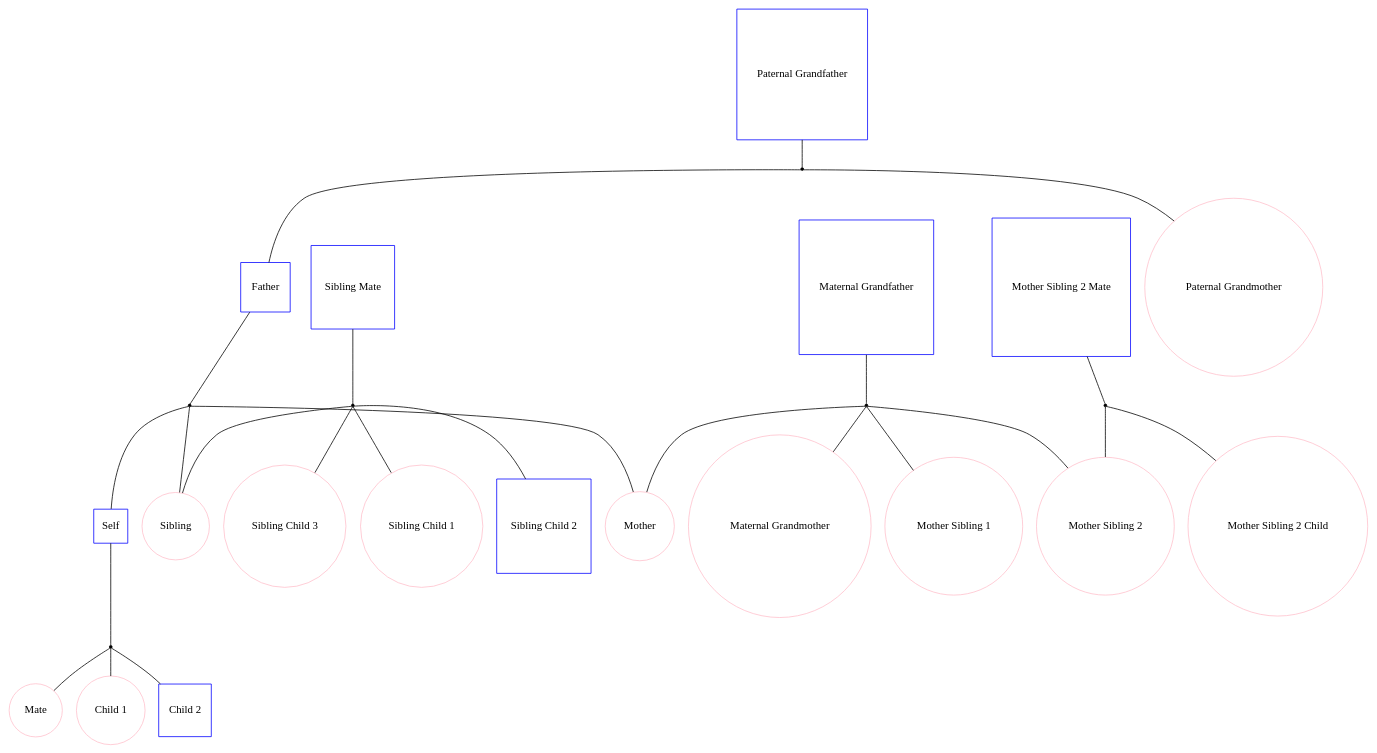
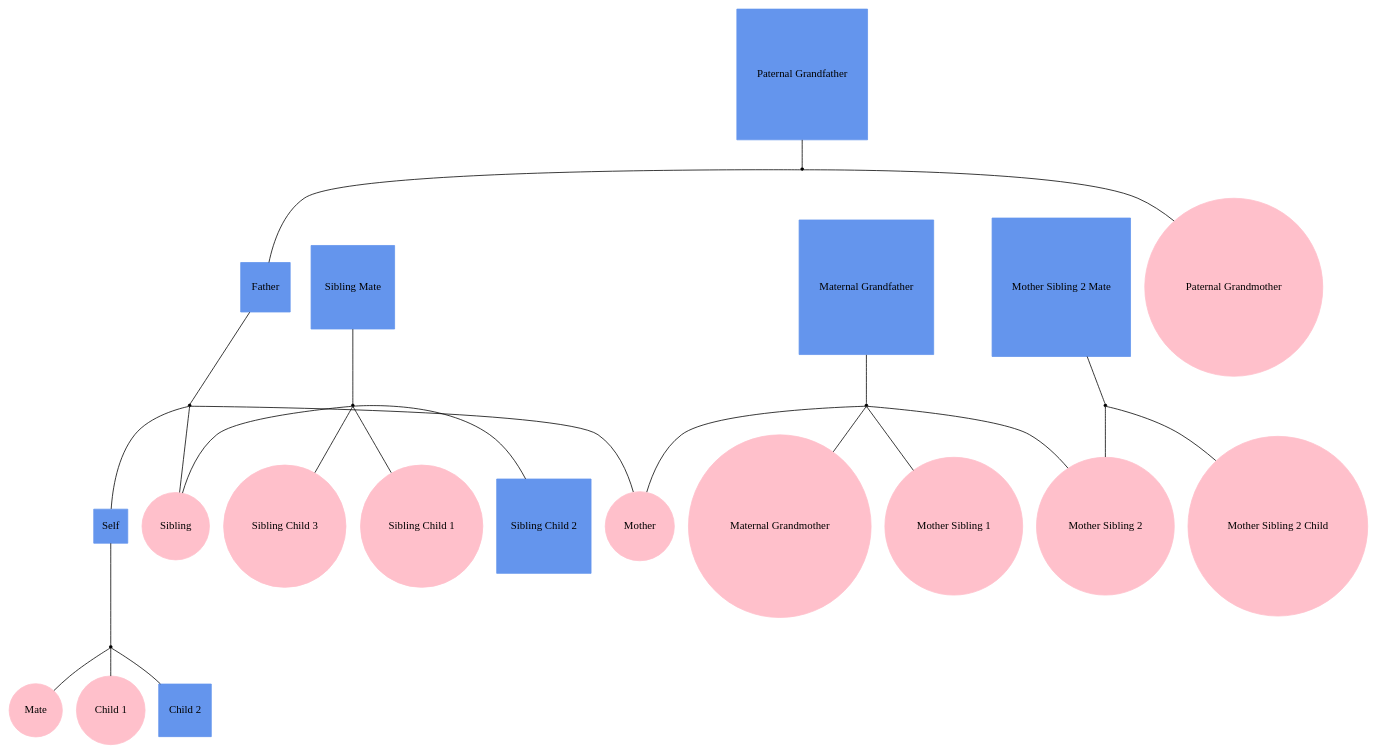
Before and after one commit to phewing/teamM_L: the diagram in encoder/out8.gv, drawn with Graphviz. The commit also changed 21 other files, not shown here.

```diff
--- a/encoder/out8.gv
+++ b/encoder/out8.gv
@@ -1,49 +1,49 @@
 
 graph f8 {
-"Self" [shape=box, regular=1, color="blue"];
-"Mate" [shape=oval, regular=1, color="pink"];
-"Child 1" [shape=oval, regular=1, color="pink"];
-"Child 2" [shape=box, regular=1, color="blue"];
-"Sibling" [shape=oval, regular=1, color="pink"];
-"Sibling Mate" [shape=box, regular=1, color="blue"];
-"Sibling Child 1" [shape=oval, regular=1, color="pink"];
-"Sibling Child 2" [shape=box, regular=1, color="blue"];
-"Sibling Child 3" [shape=oval, regular=1, color="pink"];
-"Father" [shape=box, regular=1, color="blue"];
-"Paternal Grandfather" [shape=box, regular=1, color="blue"];
-"Paternal Grandmother" [shape=oval, regular=1, color="pink"];
-"Mother" [shape=oval, regular=1, color="pink"];
-"Mother Sibling 1" [shape=oval, regular=1, color="pink"];
-"Mother Sibling 2" [shape=oval, regular=1, color="pink"];
-"Mother Sibling 2 Mate" [shape=box, regular=1, color="blue"];
-"Mother Sibling 2 Child" [shape=oval, regular=1, color="pink"];
-"Maternal Grandfather" [shape=box, regular=1, color="blue"];
-"Maternal Grandmother" [shape=oval, regular=1, color="pink"];
+"Self" [shape=box, style=filled, regular=1, color="cornflowerblue"];
+"Mate" [shape=oval, style=filled, regular=1, color="pink"];
+"Child 1" [shape=oval, style=filled, regular=1, color="pink"];
+"Child 2" [shape=box, style=filled, regular=1, color="cornflowerblue"];
+"Sibling" [shape=oval, style=filled, regular=1, color="pink"];
+"Sibling Mate" [shape=box, style=filled, regular=1, color="cornflowerblue"];
+"Sibling Child 1" [shape=oval, style=filled, regular=1, color="pink"];
+"Sibling Child 2" [shape=box, style=filled, regular=1, color="cornflowerblue"];
+"Sibling Child 3" [shape=oval, style=filled, regular=1, color="pink"];
+"Father" [shape=box, style=filled, regular=1, color="cornflowerblue"];
+"Paternal Grandfather" [shape=box, style=filled, regular=1, color="cornflowerblue"];
+"Paternal Grandmother" [shape=oval, style=filled, regular=1, color="pink"];
+"Mother" [shape=oval, style=filled, regular=1, color="pink"];
+"Mother Sibling 1" [shape=oval, style=filled, regular=1, color="pink"];
+"Mother Sibling 2" [shape=oval, style=filled, regular=1, color="pink"];
+"Mother Sibling 2 Mate" [shape=box, style=filled, regular=1, color="cornflowerblue"];
+"Mother Sibling 2 Child" [shape=oval, style=filled, regular=1, color="pink"];
+"Maternal Grandfather" [shape=box, style=filled, regular=1, color="cornflowerblue"];
+"Maternal Grandmother" [shape=oval, style=filled, regular=1, color="pink"];
 
 "self+mate" [shape=point];
 "siblingmate+sibling" [shape=point];
 "father+mother" [shape=point];
 "paternalgrandfather+paternalgrandmother" [shape=point];
 "mothersibling2mate+mothersibling2" [shape=point];
 "maternalgrandfather+maternalgrandmother" [shape=point];
 
 "Self" -- "self+mate" -- "Mate";
 "Sibling Mate" -- "siblingmate+sibling" -- "Sibling";
 "Father" -- "father+mother" -- "Mother";
 "Paternal Grandfather" -- "paternalgrandfather+paternalgrandmother" -- "Paternal Grandmother";
 "Mother Sibling 2 Mate" -- "mothersibling2mate+mothersibling2" -- "Mother Sibling 2";
 "Maternal Grandfather" -- "maternalgrandfather+maternalgrandmother" -- "Maternal Grandmother";
 
 "father+mother" -- "Self";
 "self+mate" -- "Child 1";
 "self+mate" -- "Child 2";
 "father+mother" -- "Sibling";
 "siblingmate+sibling" -- "Sibling Child 1";
 "siblingmate+sibling" -- "Sibling Child 2";
 "siblingmate+sibling" -- "Sibling Child 3";
 "paternalgrandfather+paternalgrandmother" -- "Father";
 "maternalgrandfather+maternalgrandmother" -- "Mother";
 "maternalgrandfather+maternalgrandmother" -- "Mother Sibling 1";
 "maternalgrandfather+maternalgrandmother" -- "Mother Sibling 2";
 "mothersibling2mate+mothersibling2" -- "Mother Sibling 2 Child";
 }
```
